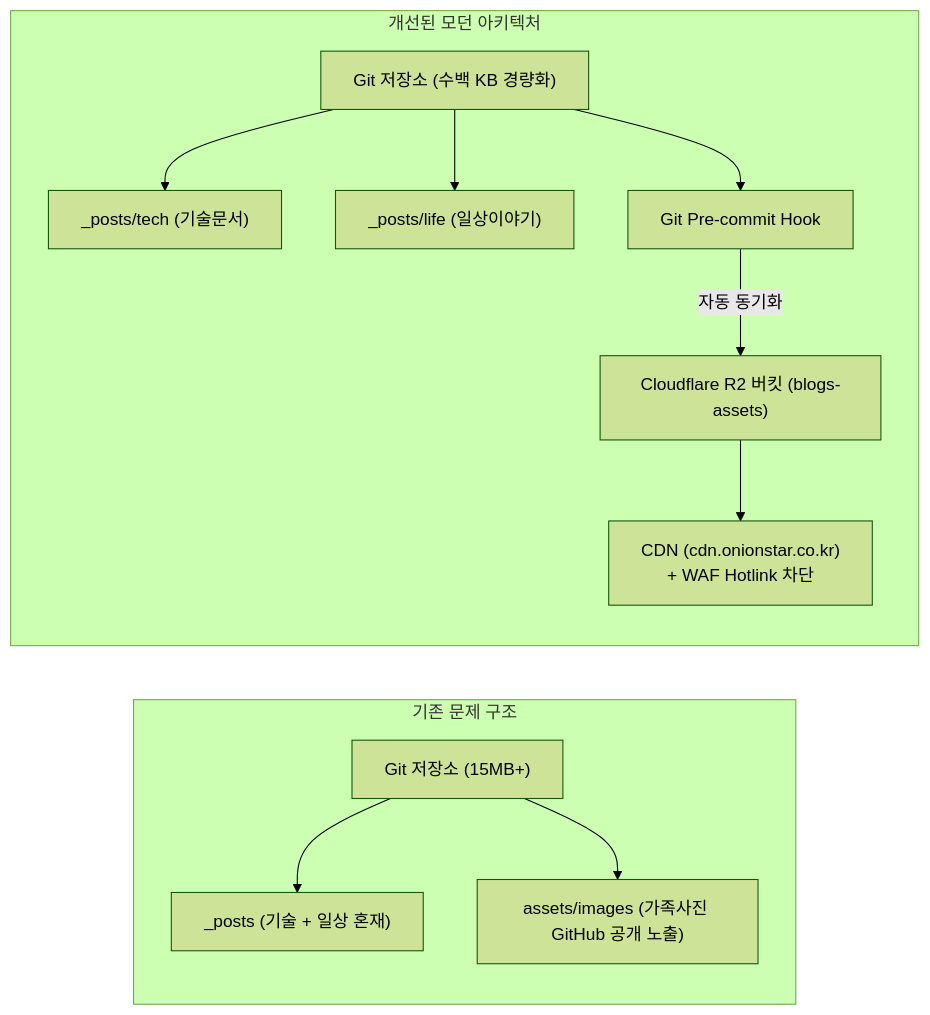
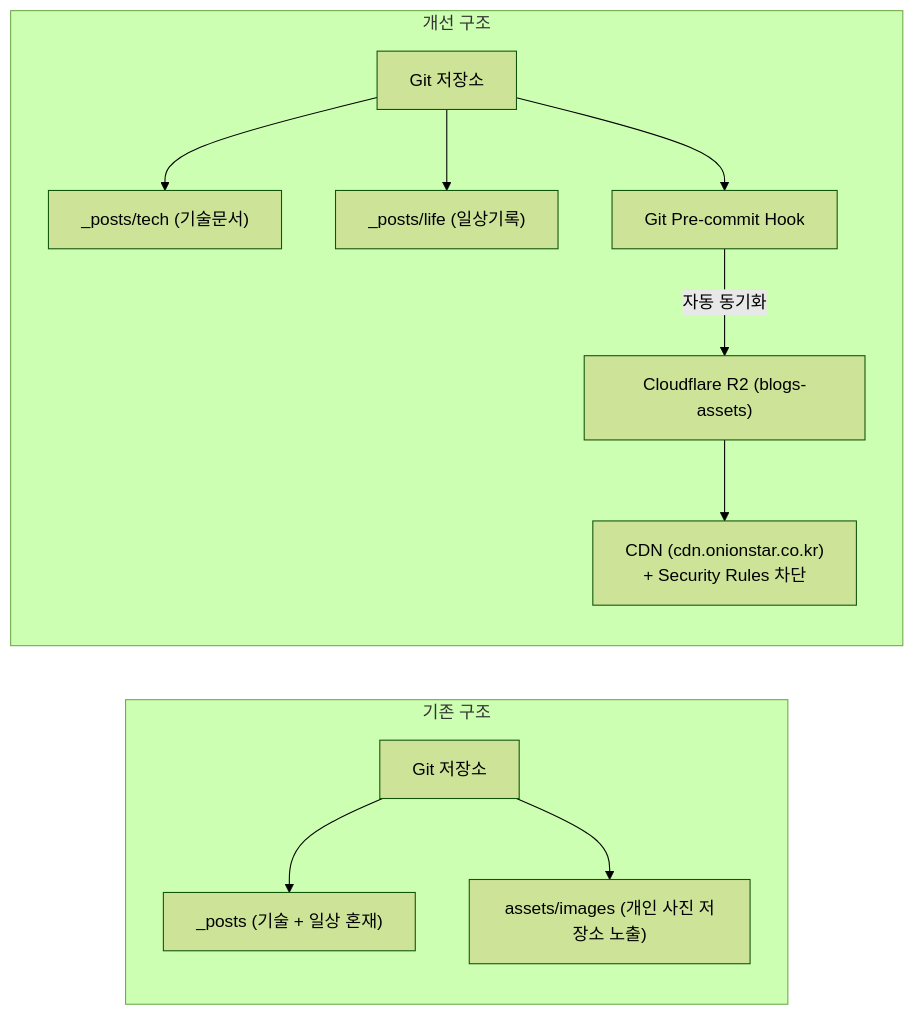
Before and after one commit to OnionStar0325/blogs: the diagram in _posts/tech/2026-10-04-post-blog-restructuring-and-r2-migration.md, drawn with Mermaid (forest theme). The commit also changed other lines of this file, not shown here.

Commit message:
docs: refine tech post with concise tone and updated security rules

````diff
--- a/_posts/tech/2026-10-04-post-blog-restructuring-and-r2-migration.md
+++ b/_posts/tech/2026-10-04-post-blog-restructuring-and-r2-migration.md
@@ -23,15 +23,15 @@
 ```mermaid
 flowchart LR
-    subgraph Before["기존 문제 구조"]
-        A1["Git 저장소 (15MB+)"] --> B1["_posts (기술 + 일상 혼재)"]
-        A1 --> C1["assets/images (가족사진 GitHub 공개 노출)"]
+    subgraph Before["기존 구조"]
+        A1["Git 저장소"] --> B1["_posts (기술 + 일상 혼재)"]
+        A1 --> C1["assets/images (개인 사진 저장소 노출)"]
     end
 
-    subgraph After["개선된 모던 아키텍처"]
-        A2["Git 저장소 (수백 KB 경량화)"] --> B2["_posts/tech (기술문서)"]
-        A2 --> B3["_posts/life (일상이야기)"]
+    subgraph After["개선 구조"]
+        A2["Git 저장소"] --> B2["_posts/tech (기술문서)"]
+        A2 --> B3["_posts/life (일상기록)"]
         A2 --> D2["Git Pre-commit Hook"]
-        D2 -->|자동 동기화| E2["Cloudflare R2 버킷 (blogs-assets)"]
-        E2 --> F2["CDN (cdn.onionstar.co.kr)<br/>+ WAF Hotlink 차단"]
+        D2 -->|자동 동기화| E2["Cloudflare R2 (blogs-assets)"]
+        E2 --> F2["CDN (cdn.onionstar.co.kr)<br/>+ Security Rules 차단"]
     end
 ```
````
